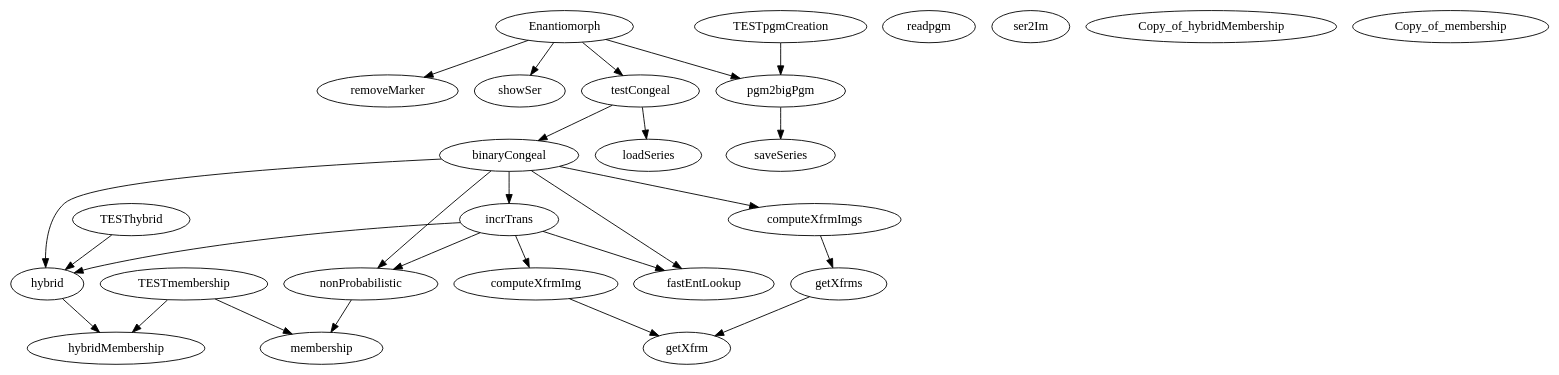
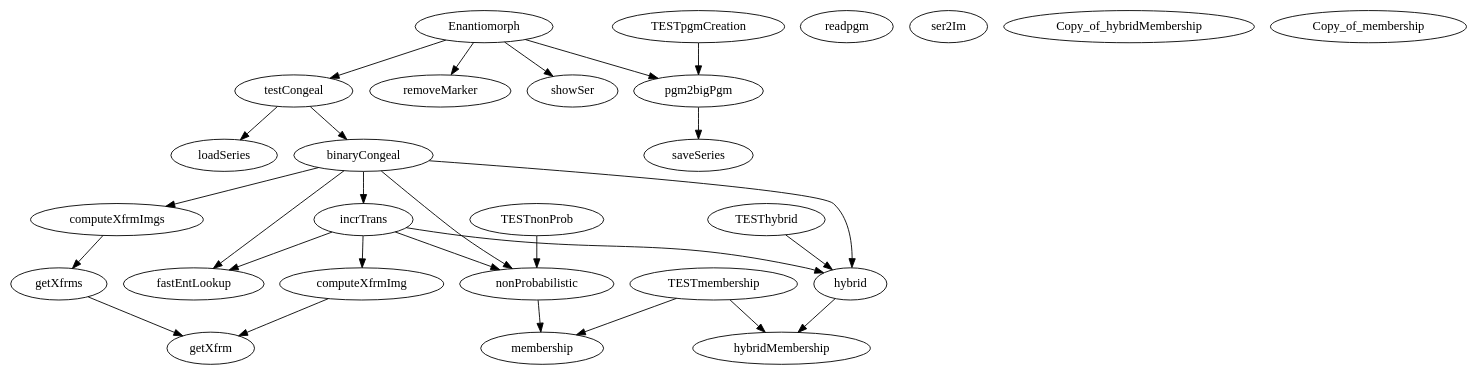
One commit to LauraCo/Major-Project changed the diagram in Source/doc_new/graph.dot. Above: the diagram before and after it, drawn with Graphviz. The commit also changed 37 other files, not shown here.

Commit message:
New m2html files and new nonProb tests

```diff
--- a/Source/doc_new/graph.dot
+++ b/Source/doc_new/graph.dot
@@ -1,54 +1,56 @@
 /* Created by mdot for Matlab */
 digraph m2html {
   computeXfrmImg -> getXfrm;
   computeXfrmImgs -> getXfrms;
   getXfrms -> getXfrm;
+  TESTnonProb -> nonProbabilistic;
   nonProbabilistic -> membership;
   Enantiomorph -> removeMarker;
   Enantiomorph -> pgm2bigPgm;
   Enantiomorph -> showSer;
   Enantiomorph -> testCongeal;
   TESThybrid -> hybrid;
   hybrid -> hybridMembership;
   TESTpgmCreation -> pgm2bigPgm;
   pgm2bigPgm -> saveSeries;
   TESTmembership -> hybridMembership;
   TESTmembership -> membership;
   binaryCongeal -> computeXfrmImgs;
   binaryCongeal -> fastEntLookup;
   binaryCongeal -> nonProbabilistic;
   binaryCongeal -> hybrid;
   binaryCongeal -> incrTrans;
   incrTrans -> computeXfrmImg;
   incrTrans -> fastEntLookup;
   incrTrans -> nonProbabilistic;
   incrTrans -> hybrid;
   testCongeal -> loadSeries;
   testCongeal -> binaryCongeal;
 
   computeXfrmImg [URL="Development/CONGEAL_SUPPORT/computeXfrmImg.html"];
   computeXfrmImgs [URL="Development/CONGEAL_SUPPORT/computeXfrmImgs.html"];
   fastEntLookup [URL="Development/CONGEAL_SUPPORT/fastEntLookup.html"];
   getXfrm [URL="Development/CONGEAL_SUPPORT/getXfrm.html"];
   getXfrms [URL="Development/CONGEAL_SUPPORT/getXfrms.html"];
+  TESTnonProb [URL="Development/DE_LUCA_FUZZY/TESTnonProb.html"];
   nonProbabilistic [URL="Development/DE_LUCA_FUZZY/nonProbabilistic.html"];
   Enantiomorph [URL="Development/GUI/Enantiomorph.html"];
   removeMarker [URL="Development/GUI/removeMarker.html"];
   TESThybrid [URL="Development/HYBRID_ENTROPY/TESThybrid.html"];
   hybrid [URL="Development/HYBRID_ENTROPY/hybrid.html"];
   TESTpgmCreation [URL="Development/IO/TESTpgmCreation.html"];
   loadSeries [URL="Development/IO/loadSeries.html"];
   pgm2bigPgm [URL="Development/IO/pgm2bigPgm.html"];
   readpgm [URL="Development/IO/readpgm.html"];
   saveSeries [URL="Development/IO/saveSeries.html"];
   ser2Im [URL="Development/IO/ser2Im.html"];
   Copy_of_hybridMembership [URL="Development/MEMBERSHIP/Copy_of_hybridMembership.html"];
   Copy_of_membership [URL="Development/MEMBERSHIP/Copy_of_membership.html"];
   TESTmembership [URL="Development/MEMBERSHIP/TESTmembership.html"];
   hybridMembership [URL="Development/MEMBERSHIP/hybridMembership.html"];
   membership [URL="Development/MEMBERSHIP/membership.html"];
   showSer [URL="Development/UTILITY/showSer.html"];
   binaryCongeal [URL="Development/binaryCongeal.html"];
   incrTrans [URL="Development/incrTrans.html"];
   testCongeal [URL="Development/testCongeal.html"];
 }
```
